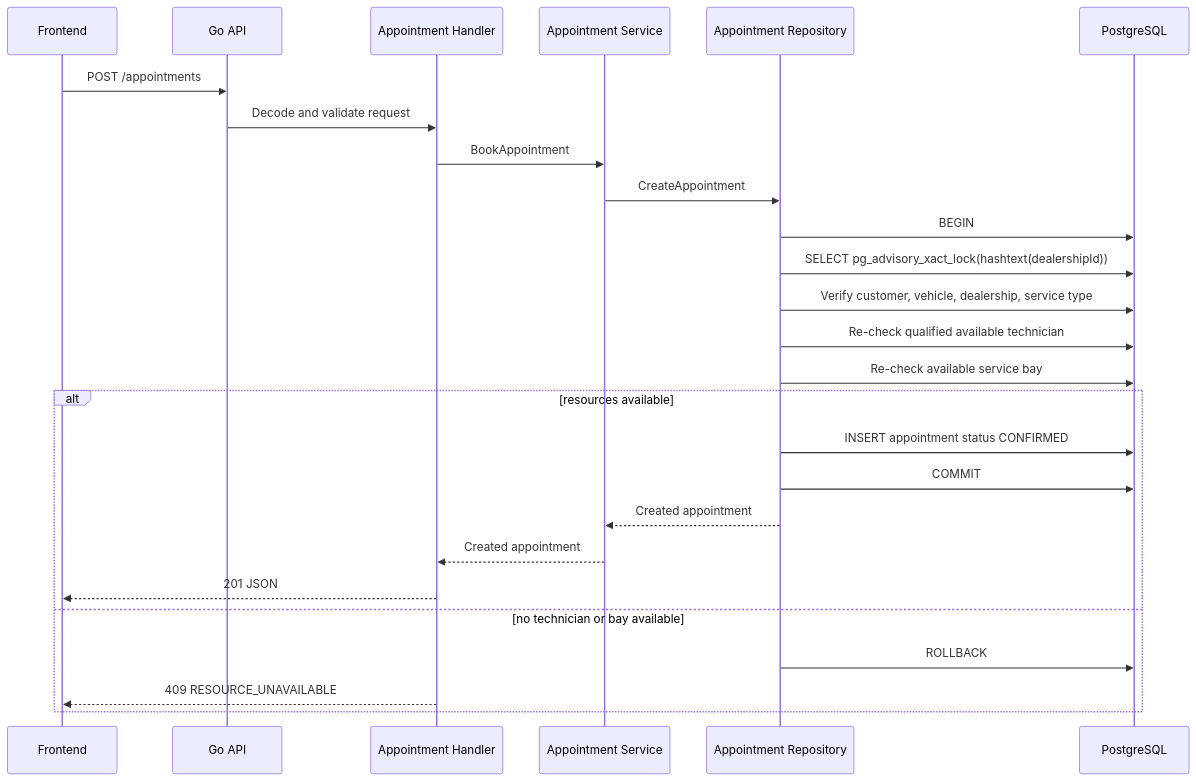
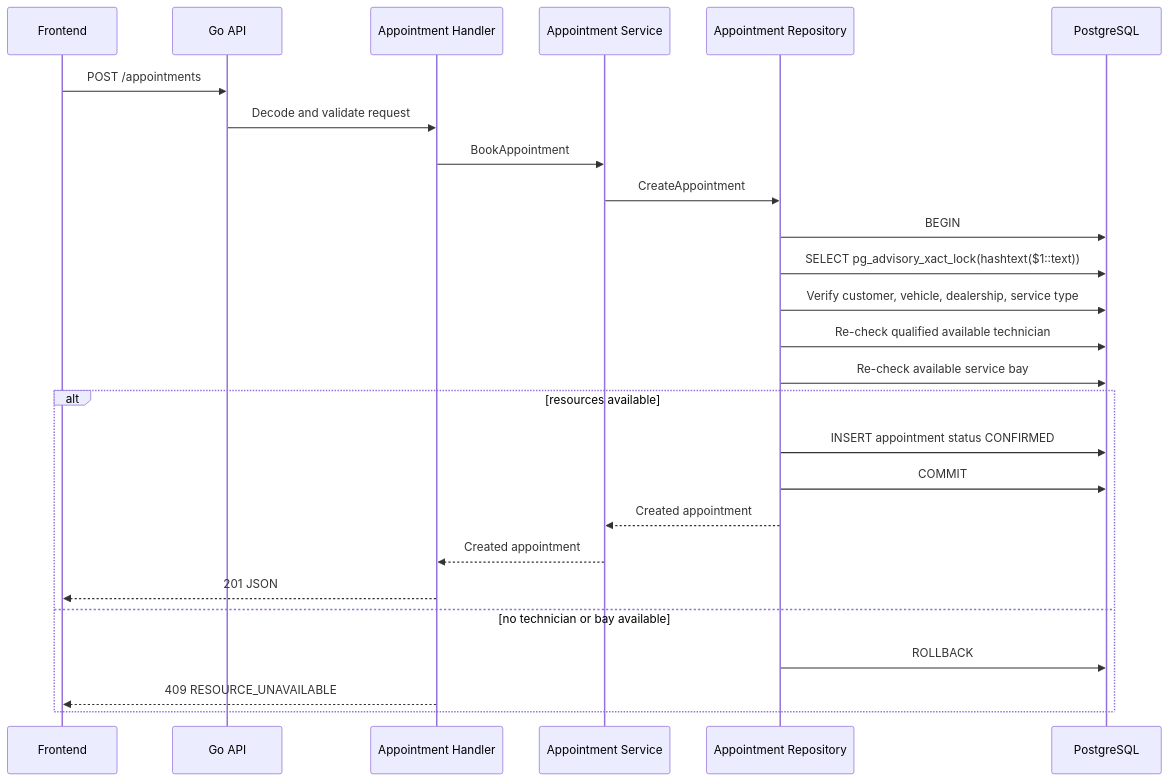
The fourth of 4 diagrams in docs/system-design.md (phifin/keyloop-service-scheduler), drawn with Mermaid before and after one commit. The commit also changed other lines of this file and 2 other files, not shown here.

````diff
--- a/docs/system-design.md
+++ b/docs/system-design.md
@@ -224,29 +247,29 @@
 ```mermaid
 sequenceDiagram
     participant UI as Frontend
     participant API as Go API
     participant Handler as Appointment Handler
     participant Service as Appointment Service
     participant Repo as Appointment Repository
     participant DB as PostgreSQL
 
     UI->>API: POST /appointments
     API->>Handler: Decode and validate request
     Handler->>Service: BookAppointment
     Service->>Repo: CreateAppointment
     Repo->>DB: BEGIN
-    Repo->>DB: SELECT pg_advisory_xact_lock(hashtext(dealershipId))
+    Repo->>DB: SELECT pg_advisory_xact_lock(hashtext($1::text))
     Repo->>DB: Verify customer, vehicle, dealership, service type
     Repo->>DB: Re-check qualified available technician
     Repo->>DB: Re-check available service bay
     alt resources available
         Repo->>DB: INSERT appointment status CONFIRMED
         Repo->>DB: COMMIT
         Repo-->>Service: Created appointment
         Service-->>Handler: Created appointment
         Handler-->>UI: 201 JSON
     else no technician or bay available
         Repo->>DB: ROLLBACK
         Handler-->>UI: 409 RESOURCE_UNAVAILABLE
     end
 ```
````
